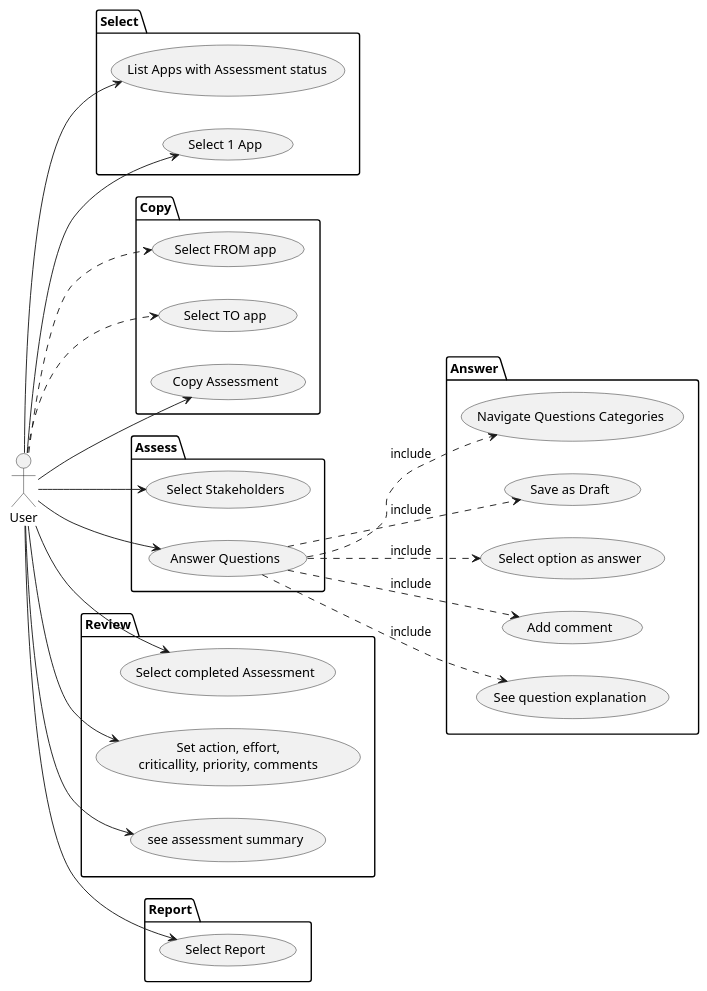
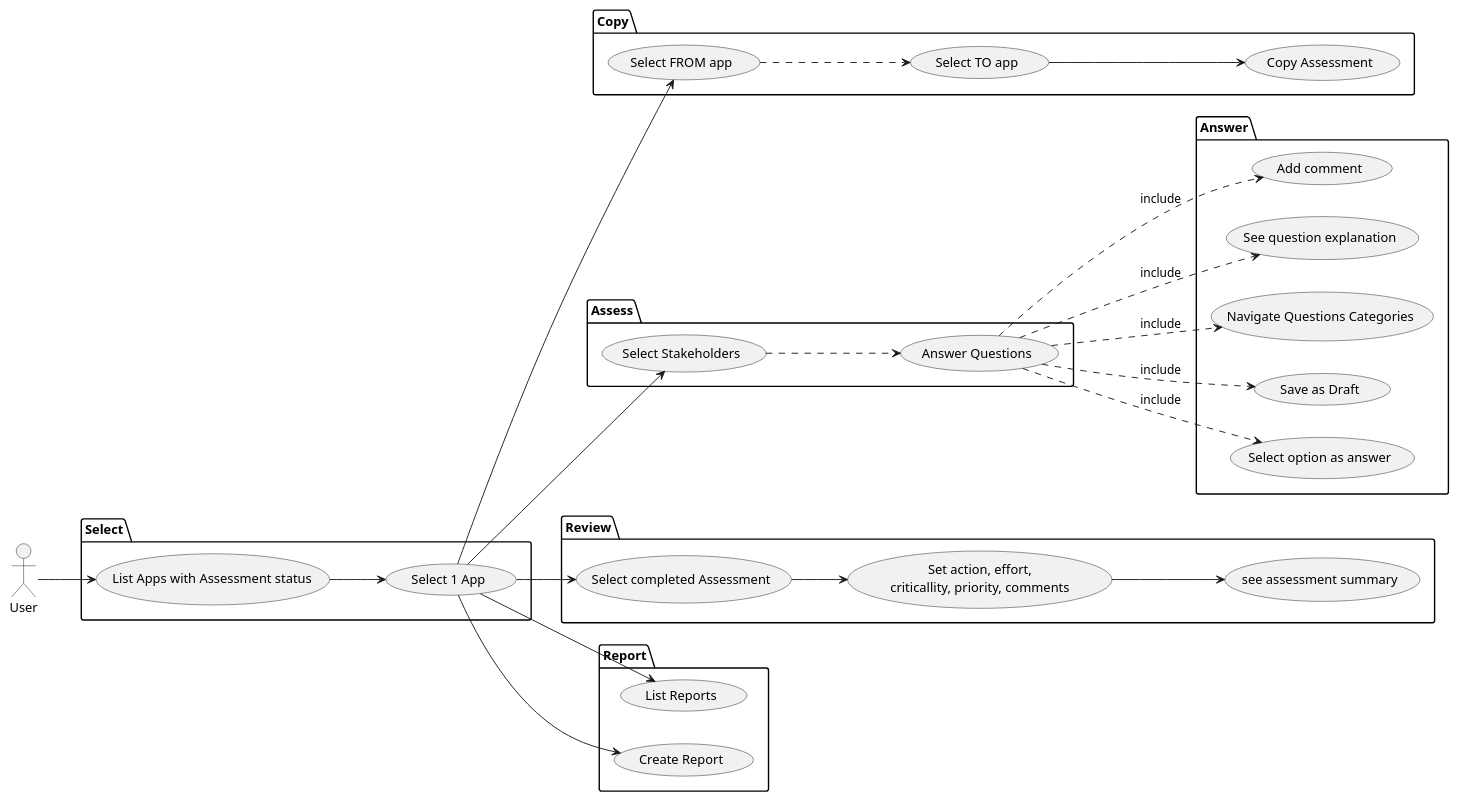
The diagram in doc/diagrams/src/usecases.assess.plantuml (konveyor/tackle-pathfinder), drawn with PlantUML before and after one commit. The commit also changed 3 other files, not shown here.

Commit message:
Modifed Use Cases diagram Moved openapi.json file Reformatted README

```diff
--- a/doc/diagrams/src/usecases.assess.plantuml
+++ b/doc/diagrams/src/usecases.assess.plantuml
@@ -1,54 +1,58 @@
 @startuml "Use Cases"
 left to right direction
 actor User
 package Select {
     usecase "List Apps with Assessment status" as list
     usecase "Select 1 App" as selectapp
 }
 package Copy {
     usecase "Select FROM app" as selectfrom
     usecase "Select TO app" as selectto
     usecase "Copy Assessment" as copyfromto
 }
 package Assess {
     usecase "Select Stakeholders" as selectstake
     usecase "Answer Questions" as answer
 }
 package Answer {
     usecase "Navigate Questions Categories" as navigate
     usecase "Save as Draft" as save
     usecase "Select option as answer" as select
     usecase "Add comment" as comment
     usecase "See question explanation" as explana
 }
 package Review {
     usecase "Select completed Assessment" as selectassessment
     usecase review as "Set action, effort,
     criticallity, priority, comments"
     usecase "see assessment summary" as summary
 }
 package Report {
-    usecase "Select Report" as selectreport
+    usecase "List Reports" as listreports
+    usecase "Create Report" as createreport
 }
 
 
-User --> selectapp
-User --> selectstake
 
-User --> answer
 User --> list
-User --> copyfromto
-User ..> selectfrom
-User ..> selectto
+list --> selectapp
 
+selectapp --> selectfrom
+selectto --> copyfromto
+selectfrom ..> selectto
+
+selectapp --> selectstake
+selectstake ..> answer
 answer ..> navigate : include
 answer ..> save : include
 answer ..> select : include
 answer ..> comment : include
 answer ..> explana : include
 
-User --> review
-User --> summary
-User --> selectassessment
-User --> selectreport
+selectapp --> selectassessment
+selectassessment --> review
+review --> summary
+
+selectapp --> listreports
+selectapp --> createreport
 @enduml
```
